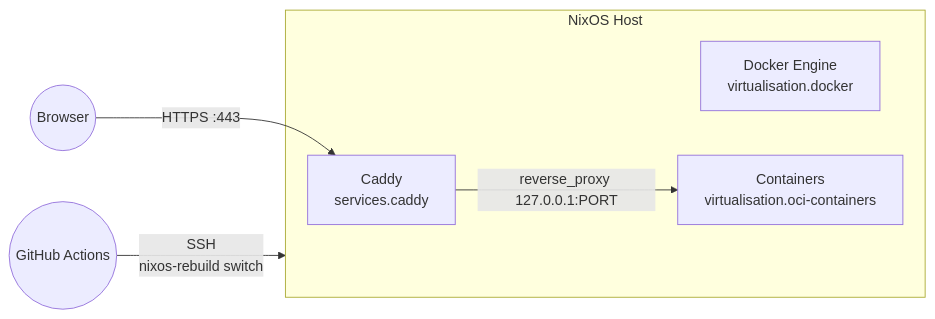
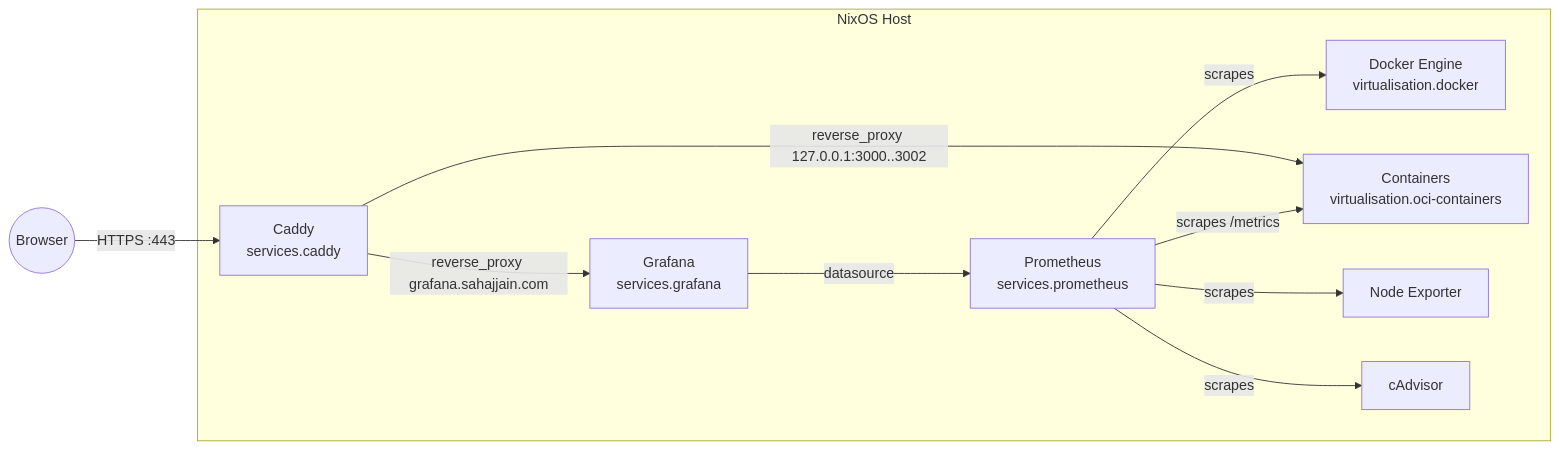
The diagram in README.md (SahajJain01/nixos-config), drawn with Mermaid before and after one commit. The commit also changed other lines of this file, not shown here.

````diff
--- a/README.md
+++ b/README.md
@@ -51,11 +60,20 @@
 ```mermaid
 flowchart LR
   user((Browser)) -->|HTTPS :443| caddy
   subgraph host [NixOS Host]
     caddy[Caddy\nservices.caddy]
     docker[Docker Engine\nvirtualisation.docker]
     oci[Containers\nvirtualisation.oci-containers]
+    prom[Prometheus\nservices.prometheus]
+    graf[Grafana\nservices.grafana]
+    nodeexp[Node Exporter]
+    cad[cAdvisor]
   end
-  caddy -->|reverse_proxy 127.0.0.1:PORT| oci
-  ci((GitHub Actions)) -->|SSH\nnixos-rebuild switch| host
+  caddy -->|reverse_proxy 127.0.0.1:3000..3002| oci
+  caddy -->|reverse_proxy grafana.sahajjain.com| graf
+  graf -->|datasource| prom
+  prom -->|scrapes| nodeexp
+  prom -->|scrapes| cad
+  prom -->|scrapes| docker
+  prom -->|scrapes /metrics| oci
 ```
````
